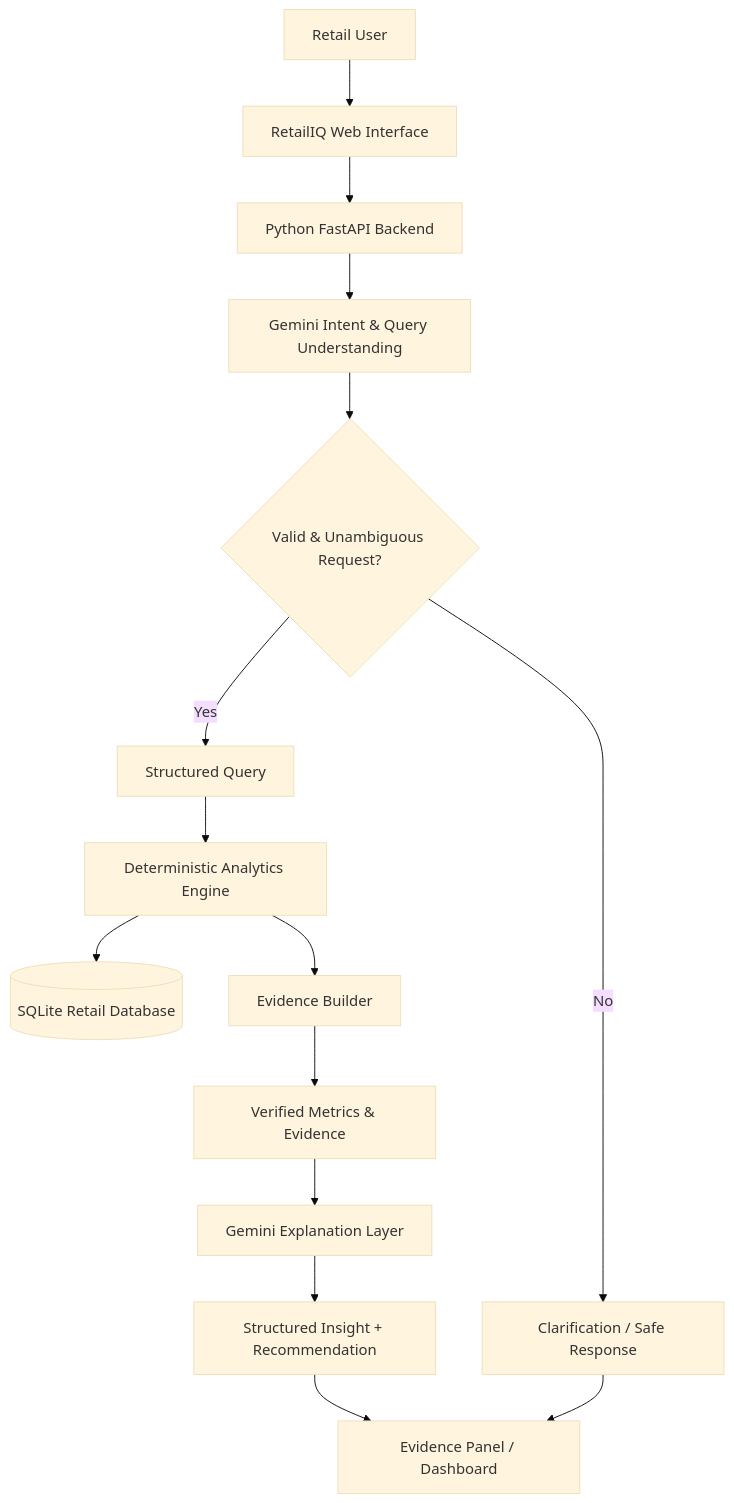
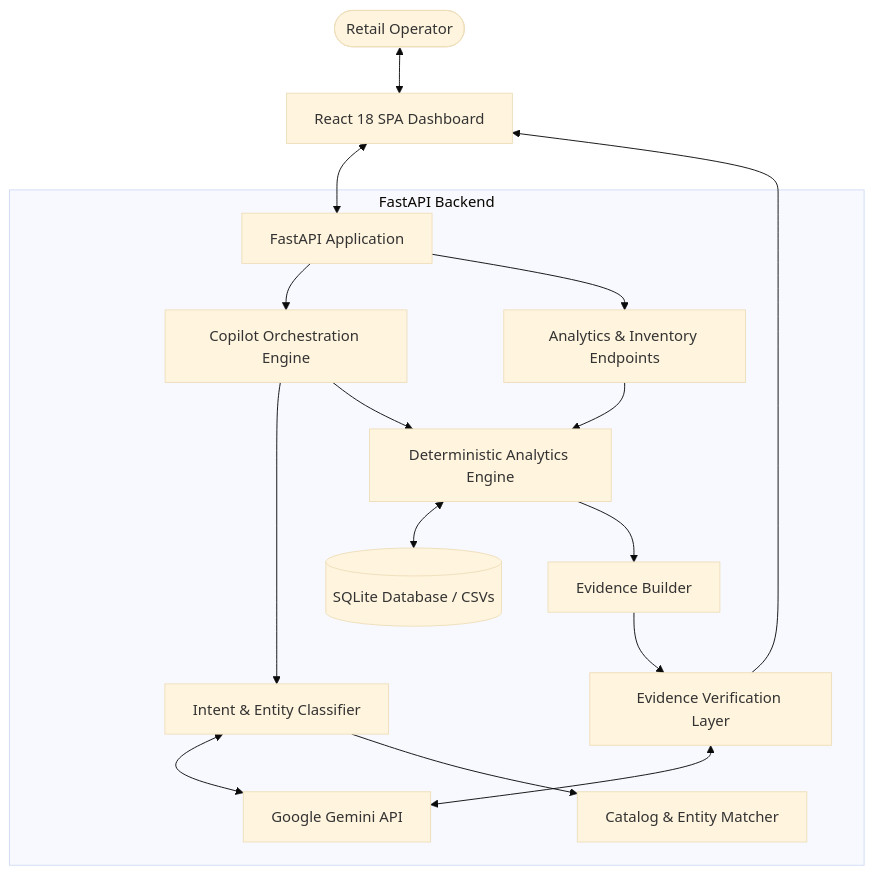
The diagram in README.md (MAHA-VIDHYA-SRI-L/RetailIQ), drawn with Mermaid (base theme) before and after one commit. The commit also changed other lines of this file, not shown here.

````diff
--- a/README.md
+++ b/README.md
@@ -110,30 +102,25 @@
 ```mermaid
 flowchart TD
-    A[Retail User] --> B[RetailIQ Web Interface]
-
-    B --> C[Python FastAPI Backend]
-
-    C --> D[Gemini Intent & Query Understanding]
-
-    D --> E{Valid & Unambiguous Request?}
-
-    E -->|No| F[Clarification / Safe Response]
-
-    E -->|Yes| G[Structured Query]
-
-    G --> H[Deterministic Analytics Engine]
-
-    H --> I[(SQLite Retail Database)]
-
-    H --> J[Evidence Builder]
-
-    J --> K[Verified Metrics & Evidence]
-
-    K --> L[Gemini Explanation Layer]
-
-    L --> M[Structured Insight + Recommendation]
-
-    M --> N[Evidence Panel / Dashboard]
-
-    F --> N
+    User([Retail Operator]) <--> UI[React 18 SPA Dashboard]
+    UI <--> API[FastAPI Application]
+    
+    subgraph Backend [FastAPI Backend]
+        API --> Copilot[Copilot Orchestration Engine]
+        API --> AnalyticsAPI[Analytics & Inventory Endpoints]
+        
+        Copilot --> IntentLayer[Intent & Entity Classifier]
+        IntentLayer <--> GeminiAPI[Google Gemini API]
+        IntentLayer --> CatalogVal[Catalog & Entity Matcher]
+        
+        Copilot --> PythonEngine[Deterministic Analytics Engine]
+        AnalyticsAPI --> PythonEngine
+        
+        PythonEngine <--> SQLite[(SQLite Database / CSVs)]
+        PythonEngine --> EvidenceBuilder[Evidence Builder]
+        
+        EvidenceBuilder --> GroundingCheck[Evidence Verification Layer]
+        GroundingCheck <--> GeminiAPI
+    end
+    
+    GroundingCheck --> UI
 ```
````
